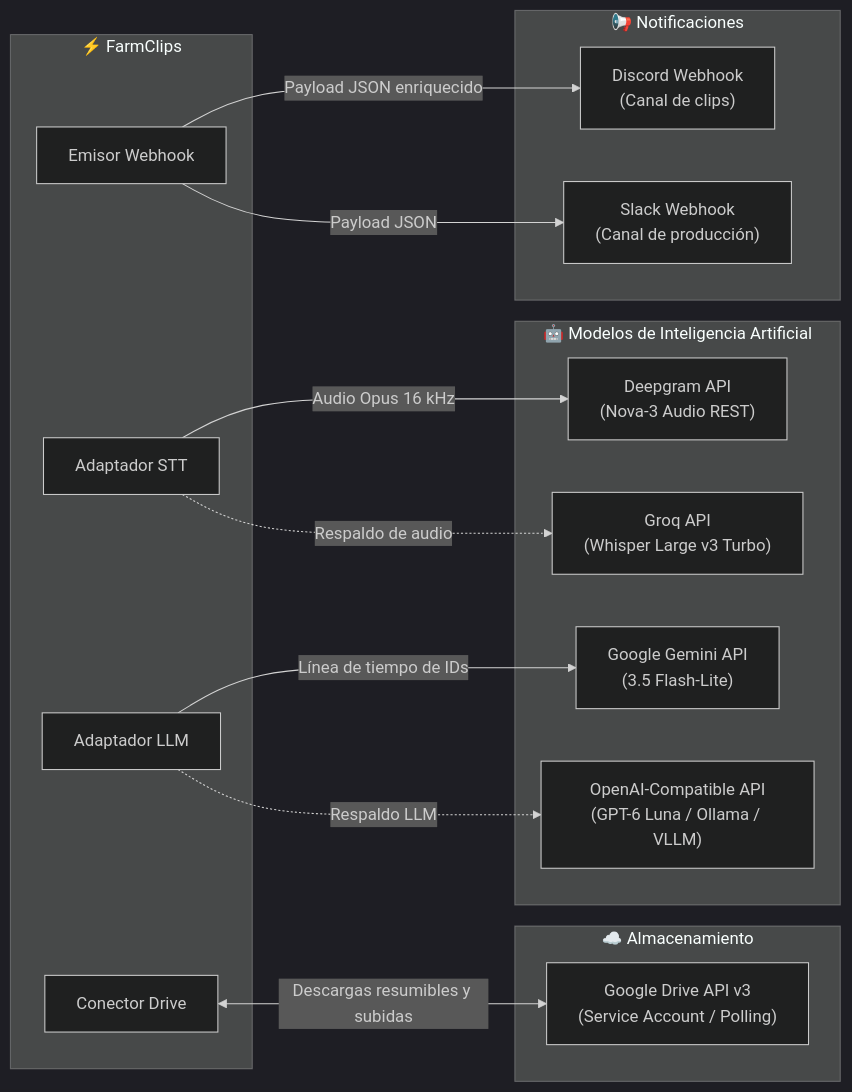
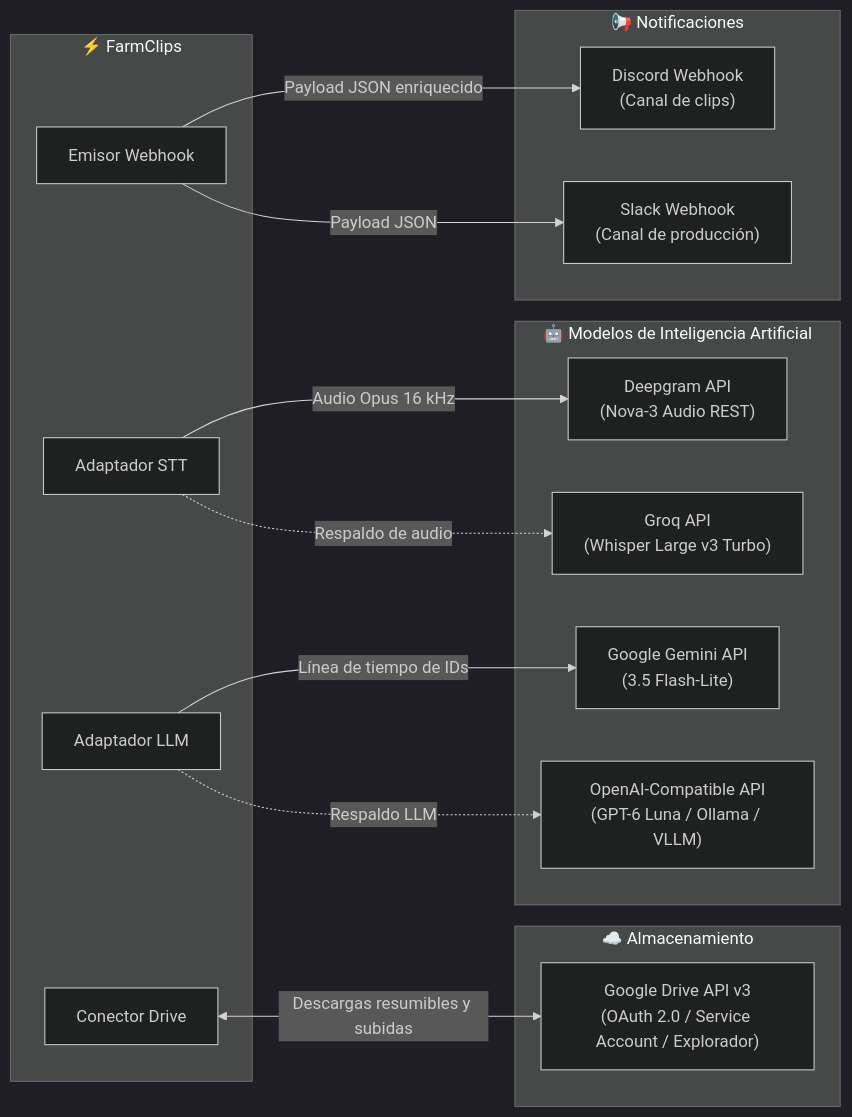
One commit to SebzSGC/Content-Projects changed the diagram in FarmClips/vault/20 - Arquitectura/Integraciones.md. Above: the diagram before and after it, drawn with Mermaid (dark theme). The commit also changed other lines of this file and 6 other files, not shown here.

First line of the commit message:
docs(vault): documenta conexión oauth 2.0 y explorador de drive

````diff
--- a/FarmClips/vault/20 - Arquitectura/Integraciones.md
+++ b/FarmClips/vault/20 - Arquitectura/Integraciones.md
@@ -20,34 +20,34 @@
 ```mermaid
 flowchart LR
     %% Integraciones y protocolos
     subgraph Orquestador["⚡ FarmClips"]
         DRV_MOD["Conector Drive"]
         STT_MOD["Adaptador STT"]
         LLM_MOD["Adaptador LLM"]
         WH_MOD["Emisor Webhook"]
     end
 
     subgraph Almacenamiento["☁️ Almacenamiento"]
-        GDRIVE["Google Drive API v3<br/>(Service Account / Polling)"]
+        GDRIVE["Google Drive API v3<br/>(OAuth 2.0 / Service Account / Explorador)"]
     end
 
     subgraph IA["🤖 Modelos de Inteligencia Artificial"]
         DG["Deepgram API<br/>(Nova-3 Audio REST)"]
         GQ["Groq API<br/>(Whisper Large v3 Turbo)"]
         GEM["Google Gemini API<br/>(3.5 Flash-Lite)"]
         OAI["OpenAI-Compatible API<br/>(GPT-6 Luna / Ollama / VLLM)"]
     end
 
     subgraph Salidas["📢 Notificaciones"]
         DISC["Discord Webhook<br/>(Canal de clips)"]
         SLACK["Slack Webhook<br/>(Canal de producción)"]
     end
 
     DRV_MOD <-->|Descargas resumibles y subidas| GDRIVE
     STT_MOD -->|Audio Opus 16 kHz| DG
     STT_MOD -.->|Respaldo de audio| GQ
     LLM_MOD -->|Línea de tiempo de IDs| GEM
     LLM_MOD -.->|Respaldo LLM| OAI
     WH_MOD -->|Payload JSON enriquecido| DISC
     WH_MOD -->|Payload JSON| SLACK
 ```
````
